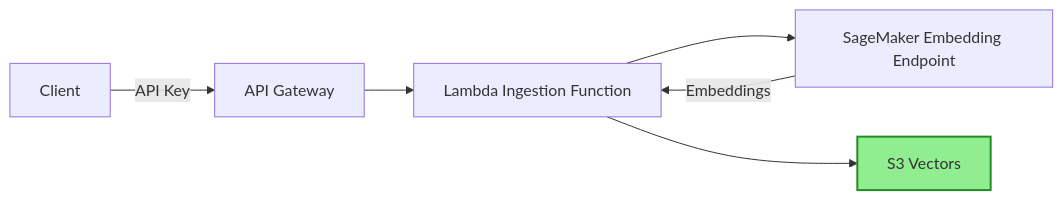
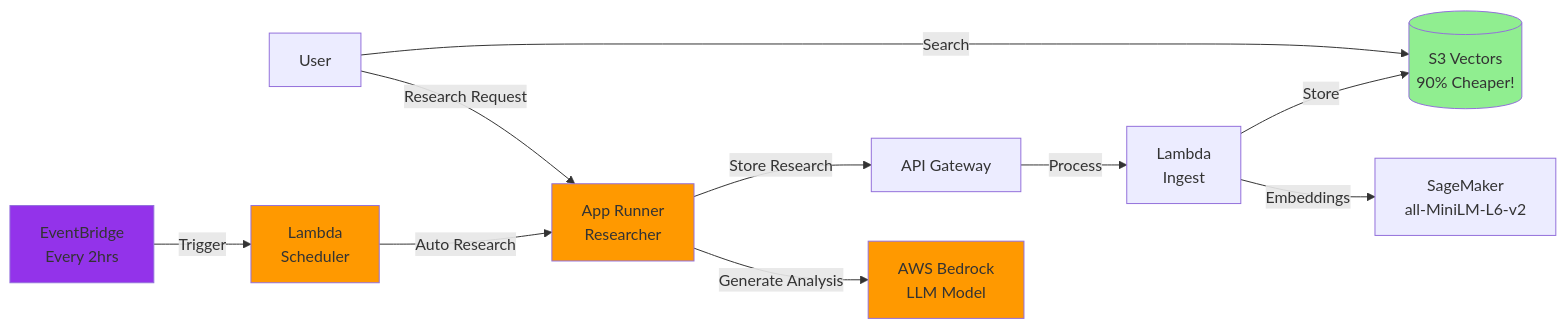
One commit to Ch3rry-Pi3-AI/LLMOps-Financial-Planner changed the diagram in README.md. Above: the diagram before and after it, drawn with Mermaid. The commit also changed other lines of this file and 1 other file, not shown here.

Commit message:
deploy researcher

````diff
--- a/README.md
+++ b/README.md
@@ -216,10 +29,18 @@
 ```mermaid
 graph LR
-    Client -->|API Key| APIGW[API Gateway]
-    APIGW --> Lambda[Lambda Ingestion Function]
-    Lambda --> SM[SageMaker Embedding Endpoint]
-    SM -->|Embeddings| Lambda
-    Lambda --> S3V[S3 Vectors]
+    User[User] -->|Research Request| AR[App Runner<br/>Researcher]
+    Schedule[EventBridge<br/>Every 2hrs] -->|Trigger| SchedLambda[Lambda<br/>Scheduler]
+    SchedLambda -->|Auto Research| AR
+    AR -->|Generate Analysis| Bedrock[AWS Bedrock<br/>LLM Model]
+    AR -->|Store Research| API[API Gateway]
+    API -->|Process| Lambda[Lambda<br/>Ingest]
+    Lambda -->|Embeddings| SM[SageMaker<br/>all-MiniLM-L6-v2]
+    Lambda -->|Store| S3V[(S3 Vectors<br/>90% Cheaper!)]
+    User -->|Search| S3V
 
-    style S3V fill:#90EE90,stroke:#228B22,stroke-width:2px
+    style AR fill:#FF9900
+    style Bedrock fill:#FF9900
+    style S3V fill:#90EE90
+    style Schedule fill:#9333EA
+    style SchedLambda fill:#FF9900
 ```
````
